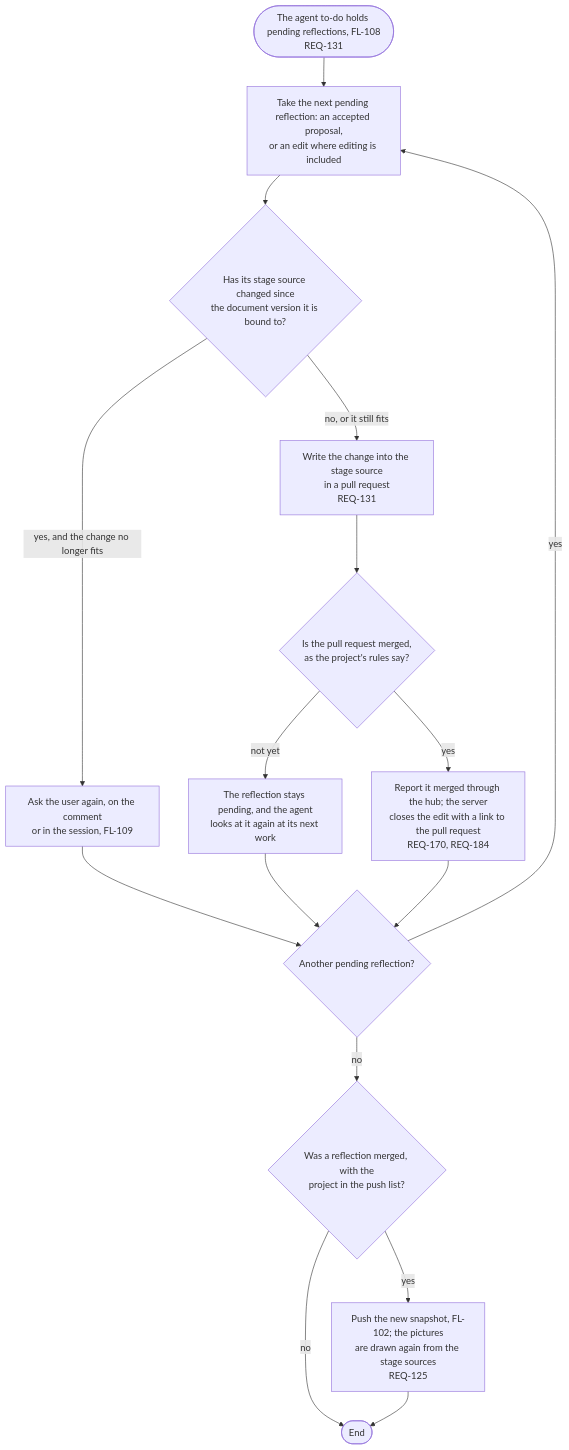
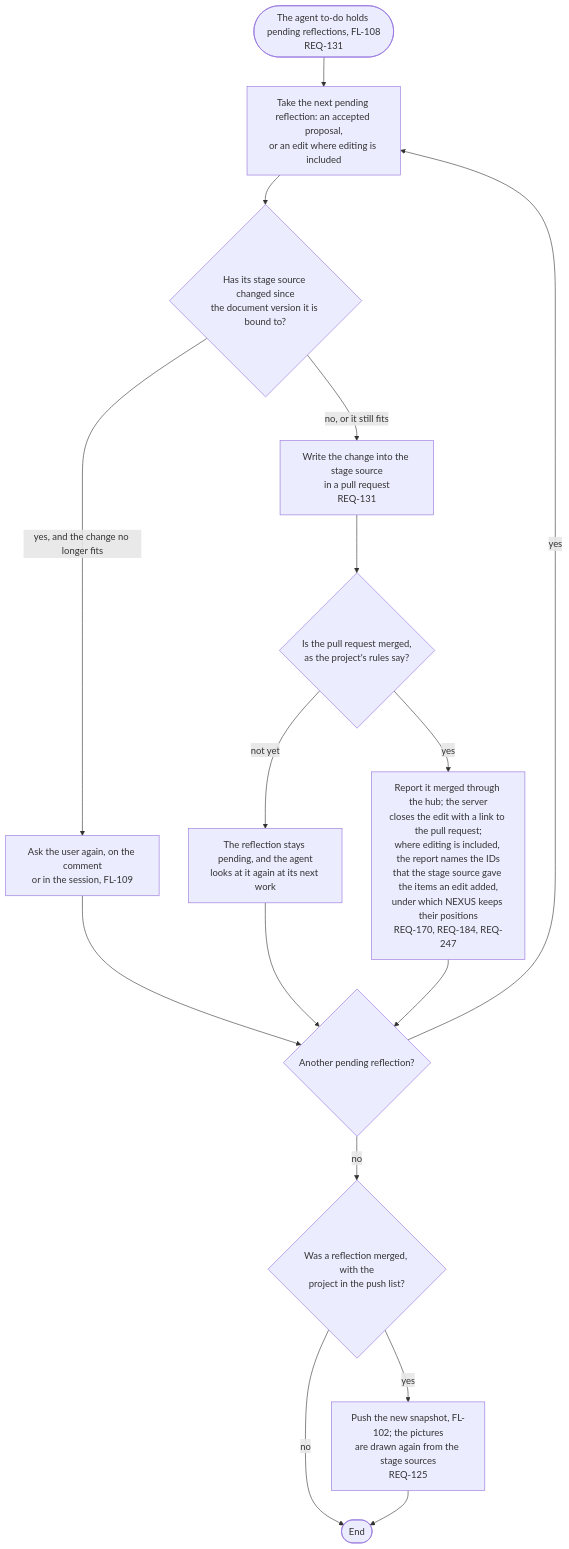
Before and after one commit to kodonghui/corthex-nexus: the diagram in docs/03-user-flow/nexus/FL-111-reflect-by-pull-request.md, drawn with Mermaid. The commit also changed other lines of this file and 24 other files, not shown here.

First line of the commit message:
docs(nexus): define phase ②'s requirements, flows and functional spec

````diff
--- a/docs/03-user-flow/nexus/FL-111-reflect-by-pull-request.md
+++ b/docs/03-user-flow/nexus/FL-111-reflect-by-pull-request.md
@@ -9,18 +9,18 @@
 ```mermaid
 flowchart TD
   A(["The agent to-do holds pending reflections, FL-108<br/>REQ-131"]) --> B["Take the next pending reflection: an accepted proposal,<br/>or an edit where editing is included"]
   B --> C{"Has its stage source changed since<br/>the document version it is bound to?"}
   C -->|yes, and the change no longer fits| C1["Ask the user again, on the comment<br/>or in the session, FL-109"]
   C1 --> N
   C -->|no, or it still fits| D["Write the change into the stage source<br/>in a pull request<br/>REQ-131"]
   D --> E{"Is the pull request merged,<br/>as the project's rules say?"}
   E -->|not yet| E1["The reflection stays pending, and the agent<br/>looks at it again at its next work"]
   E1 --> N
-  E -->|yes| F["Report it merged through the hub; the server<br/>closes the edit with a link to the pull request<br/>REQ-170, REQ-184"]
+  E -->|yes| F["Report it merged through the hub; the server<br/>closes the edit with a link to the pull request;<br/>where editing is included, the report names the IDs<br/>that the stage source gave the items an edit added,<br/>under which NEXUS keeps their positions<br/>REQ-170, REQ-184, REQ-247"]
   F --> N{"Another pending reflection?"}
   N -->|yes| B
   N -->|no| P{"Was a reflection merged, with the<br/>project in the push list?"}
   P -->|yes| P1["Push the new snapshot, FL-102; the pictures<br/>are drawn again from the stage sources<br/>REQ-125"]
   P -->|no| Z(["End"])
   P1 --> Z
 ```
````
